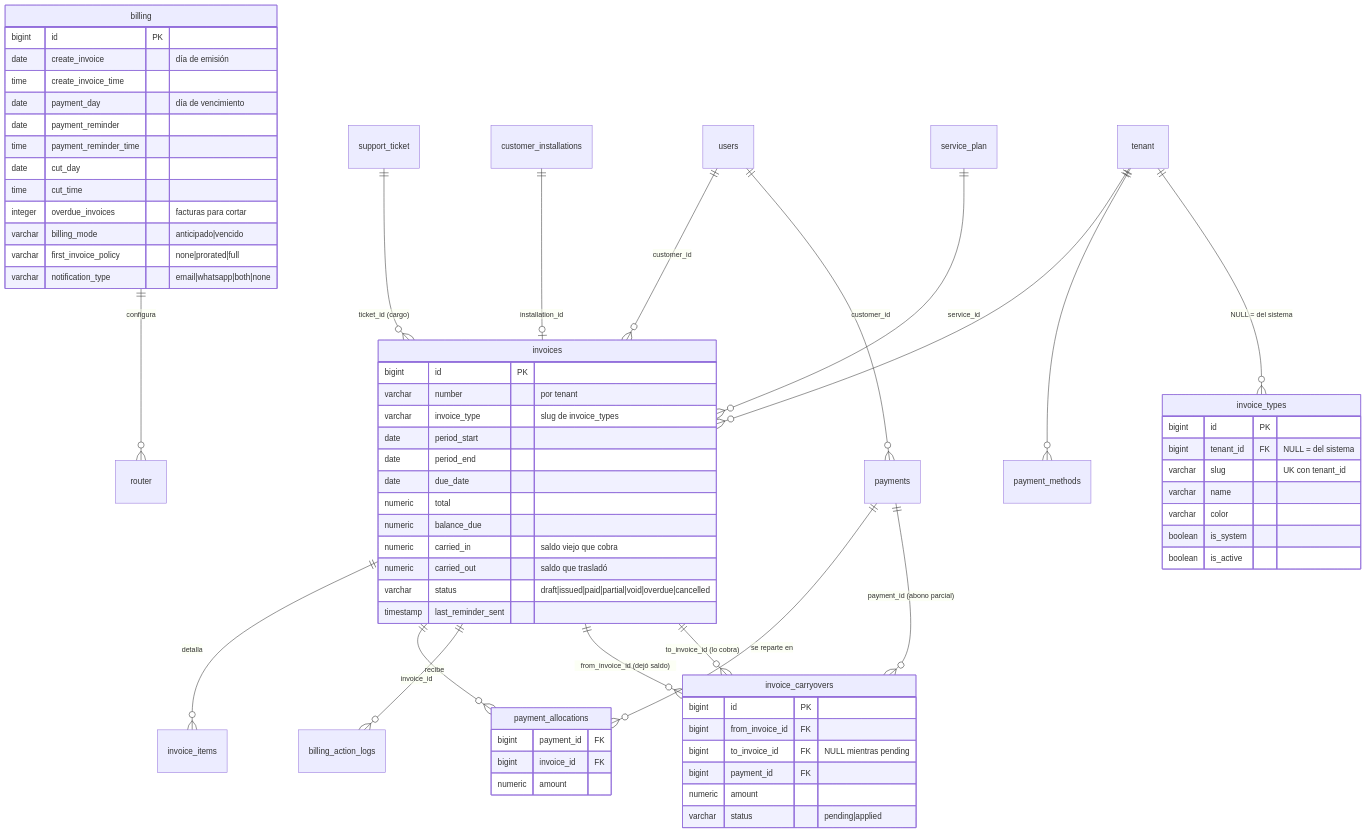
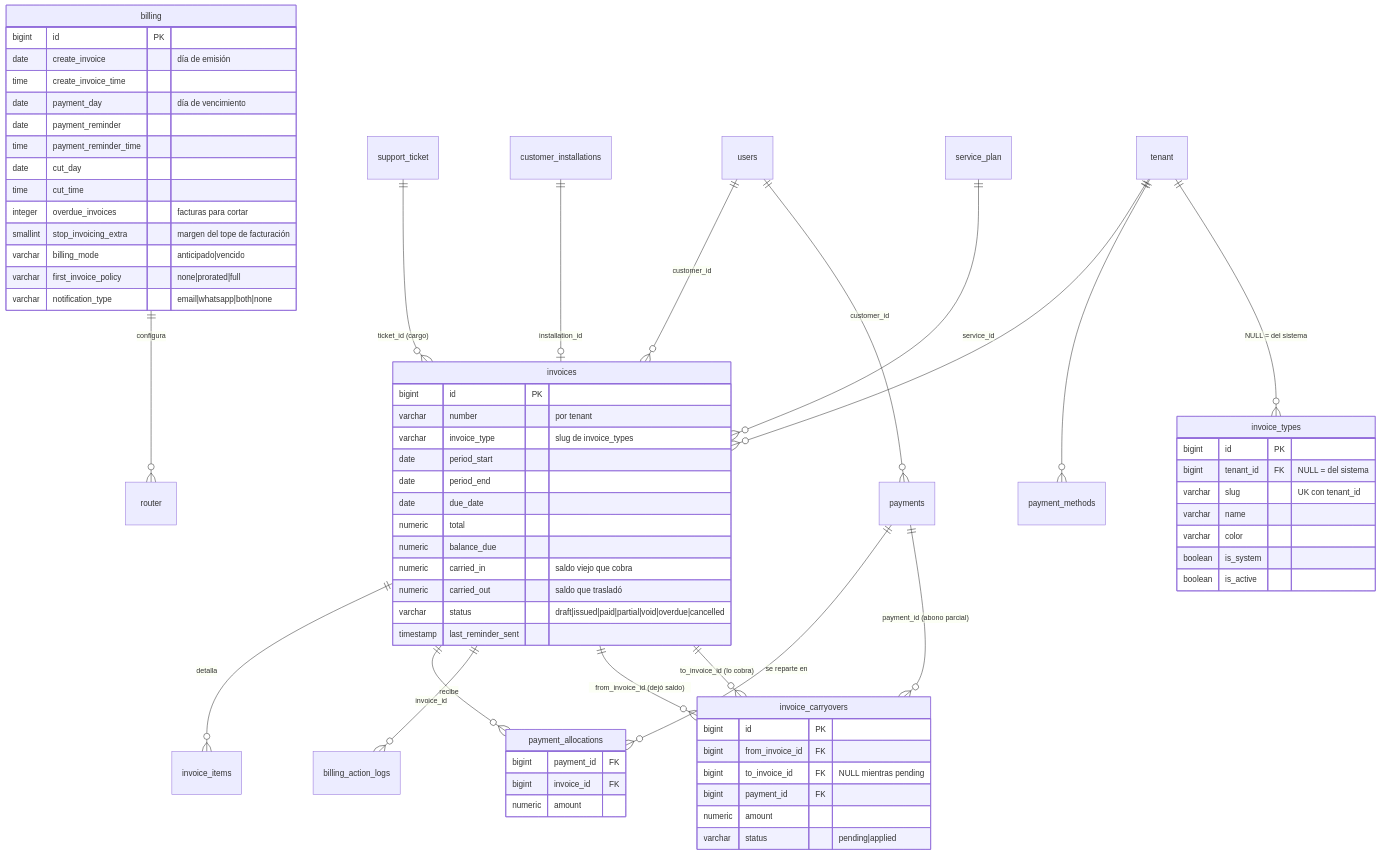
The second of 3 diagrams in docs/BASE_DATOS.md (ispwatchcol/ISPWatch), drawn with Mermaid before and after one commit. The commit also changed other lines of this file and 24 other files, not shown here.

First line of the commit message:
feat(billing): implement stop invoicing threshold for overdue customers

````diff
--- a/docs/BASE_DATOS.md
+++ b/docs/BASE_DATOS.md
@@ -227,70 +227,71 @@
 ```mermaid
 erDiagram
     billing ||--o{ router : "configura"
     users ||--o{ invoices : "customer_id"
     users ||--o{ payments : "customer_id"
     invoices ||--o{ invoice_items : "detalla"
     invoices ||--o{ payment_allocations : "recibe"
     payments ||--o{ payment_allocations : "se reparte en"
     support_ticket ||--o{ invoices : "ticket_id (cargo)"
     customer_installations ||--o| invoices : "installation_id"
     service_plan ||--o{ invoices : "service_id"
     tenant ||--o{ invoices : ""
     tenant ||--o{ payment_methods : ""
     tenant ||--o{ invoice_types : "NULL = del sistema"
     invoices ||--o{ billing_action_logs : "invoice_id"
     invoices ||--o{ invoice_carryovers : "from_invoice_id (dejó saldo)"
     invoices ||--o{ invoice_carryovers : "to_invoice_id (lo cobra)"
     payments ||--o{ invoice_carryovers : "payment_id (abono parcial)"
 
     billing {
         bigint id PK
         date create_invoice "día de emisión"
         time create_invoice_time
         date payment_day "día de vencimiento"
         date payment_reminder
         time payment_reminder_time
         date cut_day
         time cut_time
         integer overdue_invoices "facturas para cortar"
+        smallint stop_invoicing_extra "margen del tope de facturación"
         varchar billing_mode "anticipado|vencido"
         varchar first_invoice_policy "none|prorated|full"
         varchar notification_type "email|whatsapp|both|none"
     }
     invoices {
         bigint id PK
         varchar number "por tenant"
         varchar invoice_type "slug de invoice_types"
         date period_start
         date period_end
         date due_date
         numeric total
         numeric balance_due
         numeric carried_in "saldo viejo que cobra"
         numeric carried_out "saldo que trasladó"
         varchar status "draft|issued|paid|partial|void|overdue|cancelled"
         timestamp last_reminder_sent
     }
     payment_allocations {
         bigint payment_id FK
         bigint invoice_id FK
         numeric amount
     }
     invoice_types {
         bigint id PK
         bigint tenant_id FK "NULL = del sistema"
         varchar slug "UK con tenant_id"
         varchar name
         varchar color
         boolean is_system
         boolean is_active
     }
     invoice_carryovers {
         bigint id PK
         bigint from_invoice_id FK
         bigint to_invoice_id FK "NULL mientras pending"
         bigint payment_id FK
         numeric amount
         varchar status "pending|applied"
     }
 ```
````
